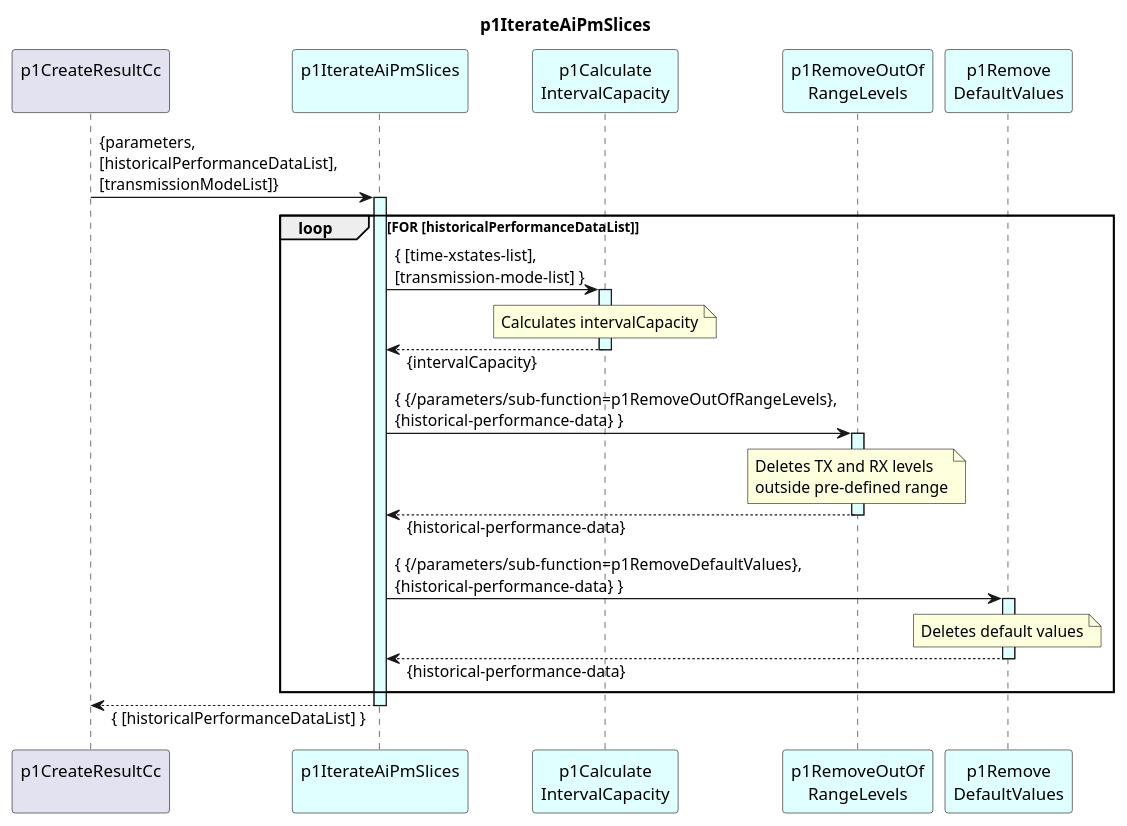
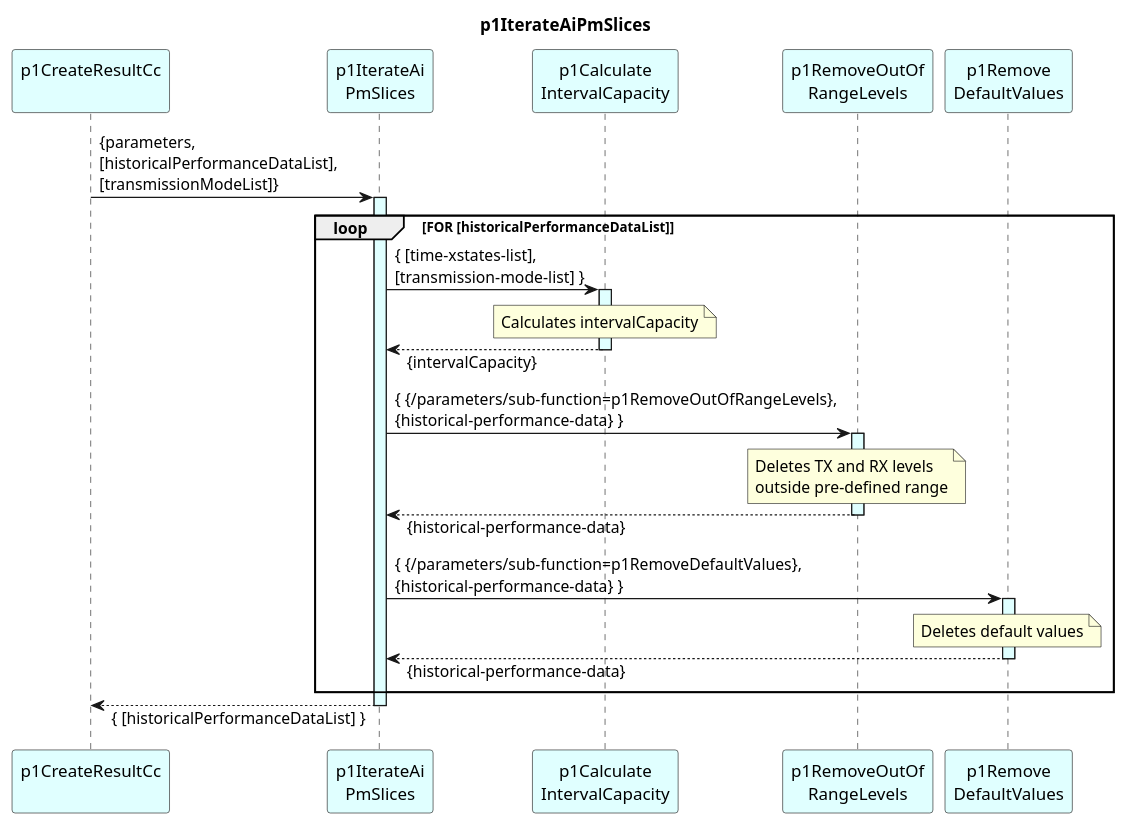
One commit to openBackhaul/DevicePerformanceManagementDataProcessor changed the diagram in spec/Functions/p1StreamPmData/p1ProcessDevice/p1CreateResultCc/p1IterateAiPmSlices/1.0.0/p1IterateAiPmSlices.plantuml. Above: the diagram before and after it, drawn with PlantUML. The commit also changed 12 other files, not shown here.

Commit message:
Define p1IterateEcPmSlices

```diff
--- a/spec/Functions/p1StreamPmData/p1ProcessDevice/p1CreateResultCc/p1IterateAiPmSlices/1.0.0/p1IterateAiPmSlices.plantuml
+++ b/spec/Functions/p1StreamPmData/p1ProcessDevice/p1CreateResultCc/p1IterateAiPmSlices/1.0.0/p1IterateAiPmSlices.plantuml
@@ -1,53 +1,53 @@
 @startuml p1IterateAiPmSlices
 skinparam responseMessageBelowArrow true
 
 title
   p1IterateAiPmSlices
 end title
 
-participant "p1CreateResultCc\n" as cur
+participant "p1CreateResultCc\n" as cur #LightCyan
 
-participant "p1IterateAiPmSlices\n" as iterateSlices #LightCyan
+participant "p1IterateAi\nPmSlices" as iterateSlices #LightCyan
 participant "p1Calculate\nIntervalCapacity" as intCC #LightCyan
 participant "p1RemoveOutOf\nRangeLevels" as p1RORL #LightCyan
 participant "p1Remove\nDefaultValues" as p1RemDefault #LightCyan
 
 
 cur -> iterateSlices : {parameters,\n[historicalPerformanceDataList],\n[transmissionModeList]}
 activate iterateSlices #LightCyan
 
   loop FOR [historicalPerformanceDataList]
 
     iterateSlices -> intCC : { [time-xstates-list],\n[transmission-mode-list] }
     activate intCC #LightCyan
       note over intCC
         Calculates intervalCapacity
       end note
     iterateSlices <-- intCC: {intervalCapacity}
     deactivate intCC
 
     iterateSlices -> p1RORL : { {/parameters/sub-function=p1RemoveOutOfRangeLevels},\n{historical-performance-data} }
     activate p1RORL #LightCyan
       note over p1RORL
         Deletes TX and RX levels
         outside pre-defined range
       end note
     iterateSlices <-- p1RORL: {historical-performance-data}
     deactivate p1RORL
 
     iterateSlices -> p1RemDefault : { {/parameters/sub-function=p1RemoveDefaultValues},\n{historical-performance-data} }
     activate p1RemDefault #LightCyan
       note over p1RemDefault
         Deletes default values
       end note
     iterateSlices <-- p1RemDefault: {historical-performance-data}
     deactivate p1RemDefault
 
   end loop
 
 cur <-- iterateSlices : { [historicalPerformanceDataList] }
 deactivate iterateSlices
 
 deactivate cur
 
 @enduml
```
